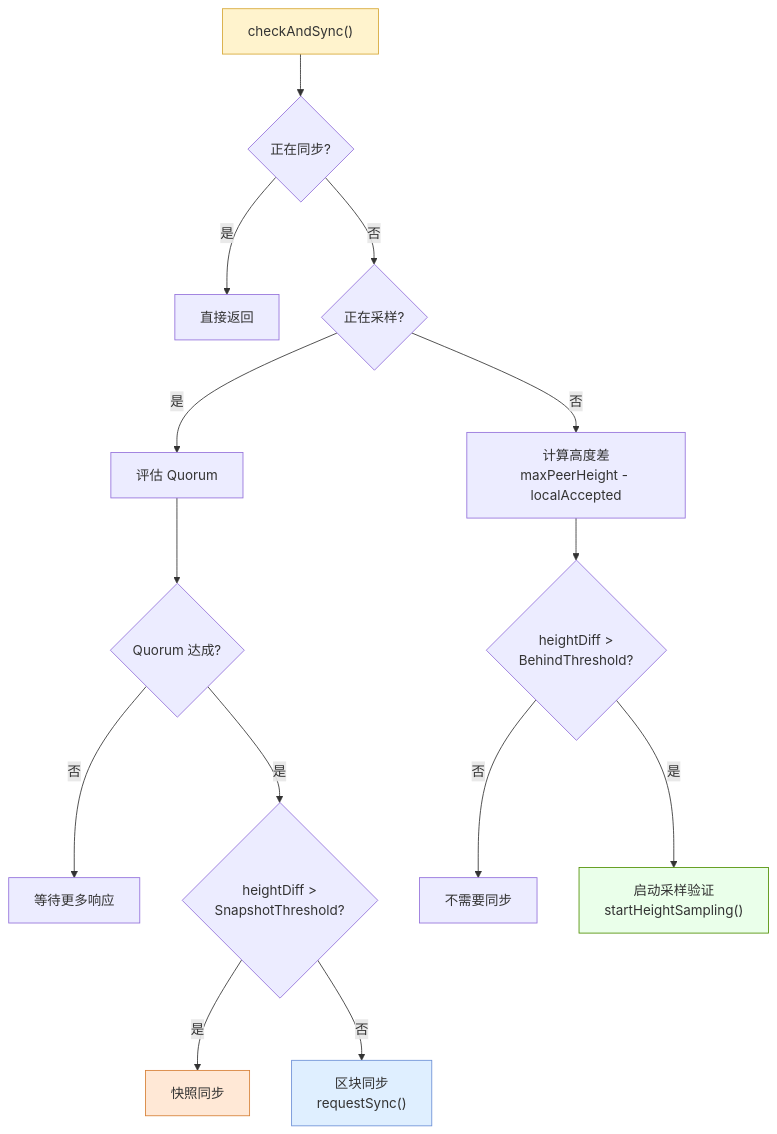
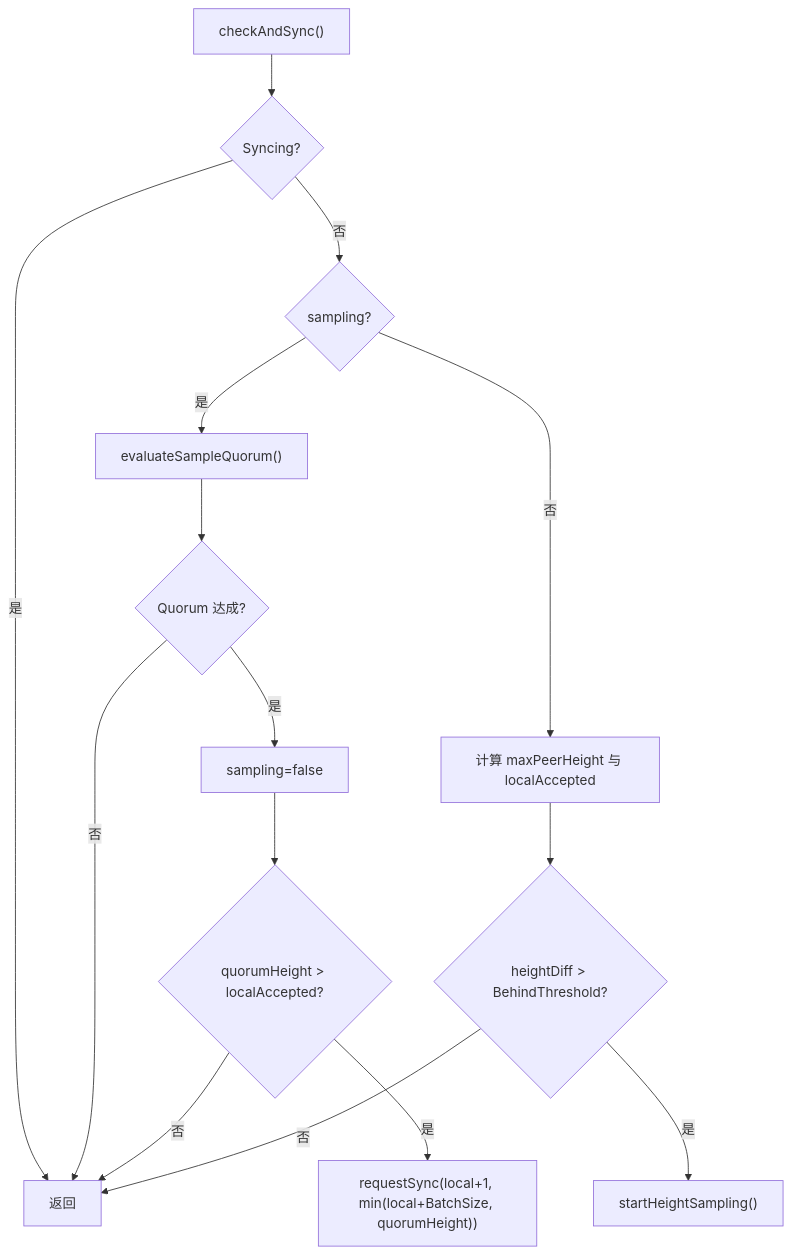
One commit to davidLeeeeeeeeeeee/dex changed the second of 6 diagrams in consensus/sync_flow.md. Above: the diagram before and after it, drawn with Mermaid. The commit also changed other lines of this file and 36 other files, not shown here.

````diff
--- a/consensus/sync_flow.md
+++ b/consensus/sync_flow.md
@@ -111,24 +92,19 @@
 ```mermaid
 flowchart TD
-    START["checkAndSync()"] --> SYNCING{正在同步?}
-    SYNCING -->|是| RETURN1[直接返回]
-    SYNCING -->|否| SAMPLING{正在采样?}
+    A["checkAndSync()"] --> B{"Syncing?"}
+    B -->|是| X["返回"]
+    B -->|否| C{"sampling?"}
 
-    SAMPLING -->|是| EVAL_QUORUM["评估 Quorum"]
-    EVAL_QUORUM --> QUORUM_OK{Quorum 达成?}
-    QUORUM_OK -->|否| RETURN2[等待更多响应]
-    QUORUM_OK -->|是| DECIDE_MODE{"heightDiff ><br>SnapshotThreshold?"}
+    C -->|是| D["evaluateSampleQuorum()"]
+    D --> E{"Quorum 达成?"}
+    E -->|否| X
+    E -->|是| F["sampling=false"]
+    F --> G{"quorumHeight > localAccepted?"}
+    G -->|否| X
+    G -->|是| H["requestSync(local+1, min(local+BatchSize, quorumHeight))"]
 
-    SAMPLING -->|否| CALC_DIFF["计算高度差<br>maxPeerHeight - localAccepted"]
-    CALC_DIFF --> BEHIND{heightDiff ><br>BehindThreshold?}
-    BEHIND -->|否| RETURN3[不需要同步]
-    BEHIND -->|是| START_SAMPLE["启动采样验证<br>startHeightSampling()"]
-
-    DECIDE_MODE -->|是| SNAPSHOT["快照同步"]
-    DECIDE_MODE -->|否| BLOCK_SYNC["区块同步<br>requestSync()"]
-
-    style START fill:#fff3cd,stroke:#d6a735
-    style SNAPSHOT fill:#ffe8d6,stroke:#d67f35
-    style BLOCK_SYNC fill:#dfefff,stroke:#6b8fd6
-    style START_SAMPLE fill:#eaffea,stroke:#4f8f00
+    C -->|否| I["计算 maxPeerHeight 与 localAccepted"]
+    I --> J{"heightDiff > BehindThreshold?"}
+    J -->|否| X
+    J -->|是| K["startHeightSampling()"]
 ```
````
